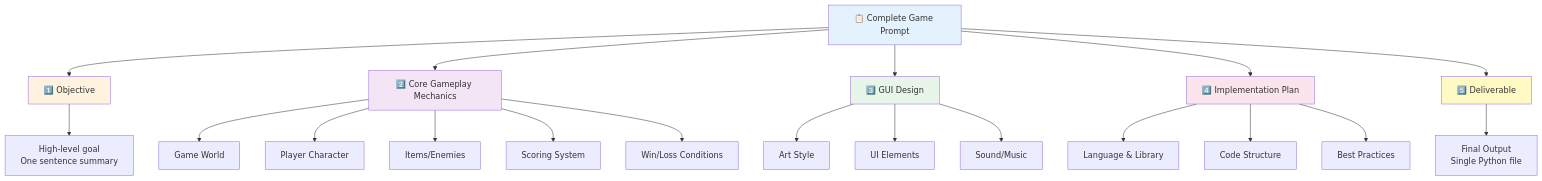
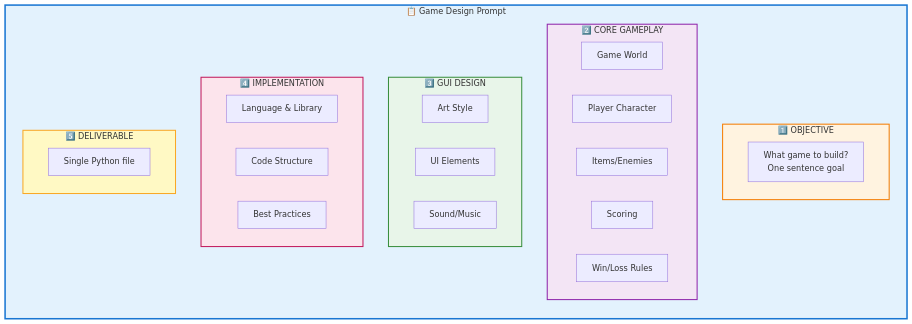
Before and after one commit to tisage/game-llm: the diagram in diagrams/prompt-structure.md, drawn with Mermaid. The commit also changed 1 other file, not shown here.

Commit message:
update flowchart

````diff
--- a/diagrams/prompt-structure.md
+++ b/diagrams/prompt-structure.md
@@ -3,33 +3,41 @@
 ```mermaid
-flowchart TD
-    A[📋 Complete Game Prompt] --> B[1️⃣ Objective]
-    A --> C[2️⃣ Core Gameplay Mechanics]
-    A --> D[3️⃣ GUI Design]
-    A --> E[4️⃣ Implementation Plan]
-    A --> F[5️⃣ Deliverable]
+graph TB
+    subgraph Main["📋 Game Design Prompt"]
+        direction TB
 
-    B --> B1[High-level goal<br/>One sentence summary]
+        subgraph Section1["1️⃣ OBJECTIVE"]
+            Obj[What game to build?<br/>One sentence goal]
+        end
 
-    C --> C1[Game World]
-    C --> C2[Player Character]
-    C --> C3[Items/Enemies]
-    C --> C4[Scoring System]
-    C --> C5[Win/Loss Conditions]
+        subgraph Section2["2️⃣ CORE GAMEPLAY"]
+            GP1[Game World]
+            GP2[Player Character]
+            GP3[Items/Enemies]
+            GP4[Scoring]
+            GP5[Win/Loss Rules]
+        end
 
-    D --> D1[Art Style]
-    D --> D2[UI Elements]
-    D --> D3[Sound/Music]
+        subgraph Section3["3️⃣ GUI DESIGN"]
+            UI1[Art Style]
+            UI2[UI Elements]
+            UI3[Sound/Music]
+        end
 
-    E --> E1[Language & Library]
-    E --> E2[Code Structure]
-    E --> E3[Best Practices]
+        subgraph Section4["4️⃣ IMPLEMENTATION"]
+            Impl1[Language & Library]
+            Impl2[Code Structure]
+            Impl3[Best Practices]
+        end
 
-    F --> F1[Final Output<br/>Single Python file]
+        subgraph Section5["5️⃣ DELIVERABLE"]
+            Del[Single Python file]
+        end
+    end
 
-    style A fill:#e3f2fd
-    style B fill:#fff3e0
-    style C fill:#f3e5f5
-    style D fill:#e8f5e9
-    style E fill:#fce4ec
-    style F fill:#fff9c4
+    style Section1 fill:#fff3e0,stroke:#f57c00,stroke-width:2px
+    style Section2 fill:#f3e5f5,stroke:#8e24aa,stroke-width:2px
+    style Section3 fill:#e8f5e9,stroke:#388e3c,stroke-width:2px
+    style Section4 fill:#fce4ec,stroke:#c2185b,stroke-width:2px
+    style Section5 fill:#fff9c4,stroke:#f9a825,stroke-width:2px
+    style Main fill:#e3f2fd,stroke:#1976d2,stroke-width:3px
 ```
````
